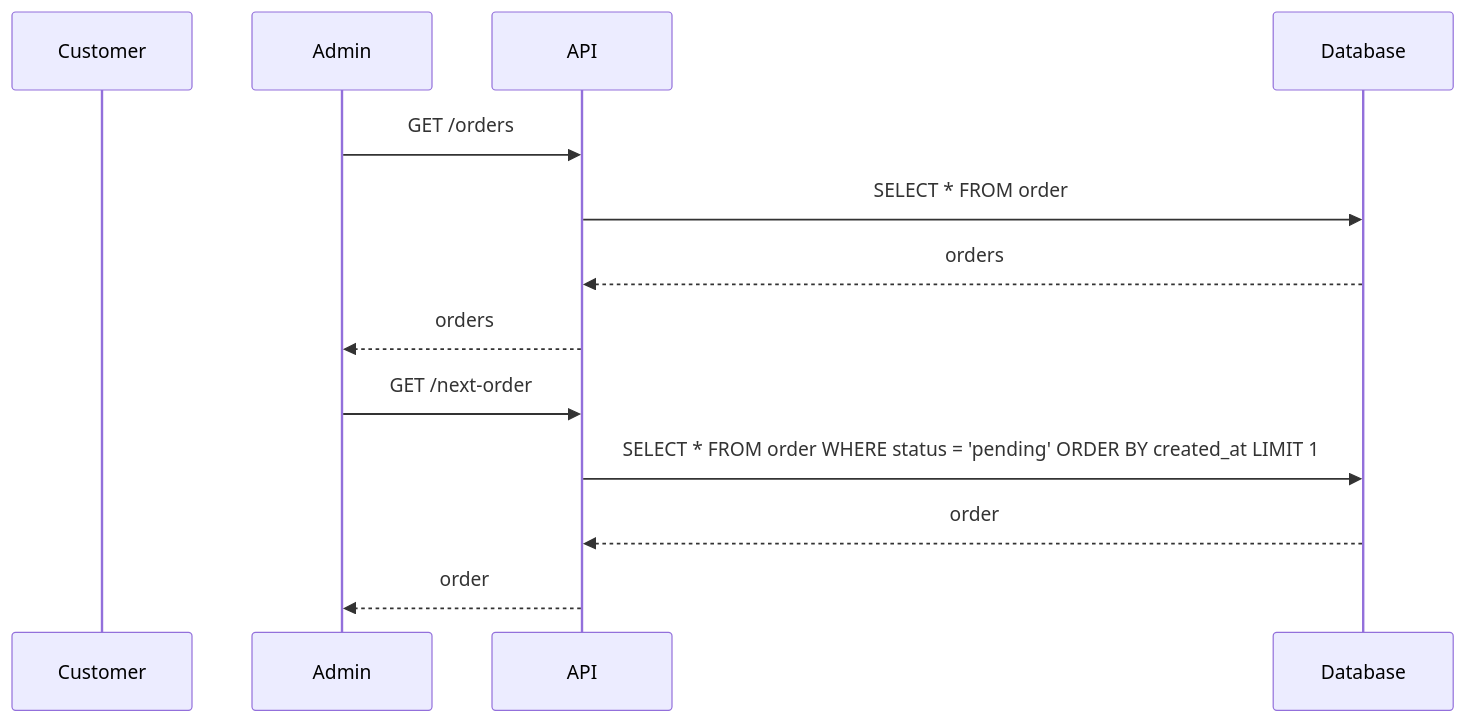
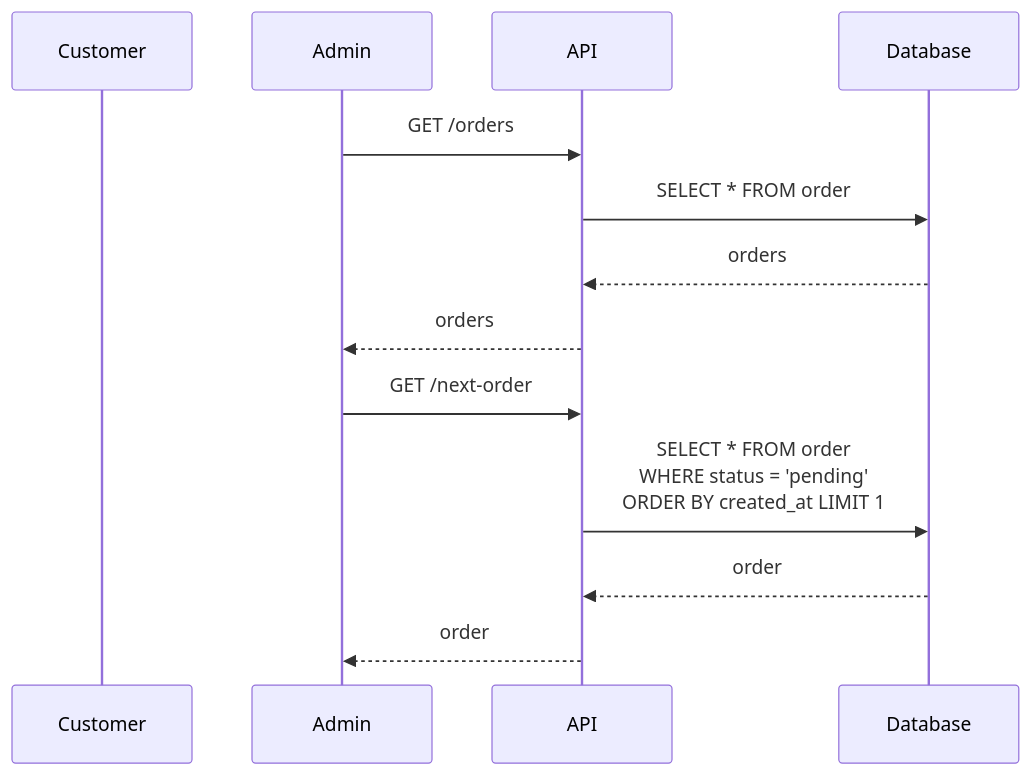
One commit to Jakomaro/takeaway changed the seventh of 9 diagrams in readme.md. Above: the diagram before and after it, drawn with Mermaid. The commit also changed other lines of this file and 8 other files, not shown here.

````diff
--- a/readme.md
+++ b/readme.md
@@ -144,17 +145,17 @@
 ```mermaid
 sequenceDiagram
     participant C as Customer
     participant A as Admin
     participant API as API
     participant DB as Database
 
     A->>API: GET /orders
     API->>DB: SELECT * FROM order
     DB-->>API: orders
     API-->>A: orders
 
     A->>API: GET /next-order
-    API->>DB: SELECT * FROM order WHERE status = 'pending' ORDER BY created_at LIMIT 1
+    API->>DB: SELECT * FROM order <br>WHERE status = 'pending' <br>ORDER BY created_at LIMIT 1
     DB-->>API: order
     API-->>A: order
 ```
````
